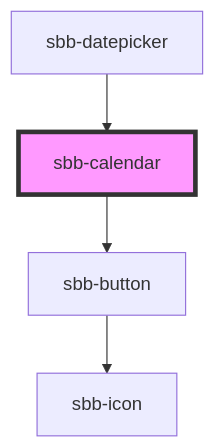
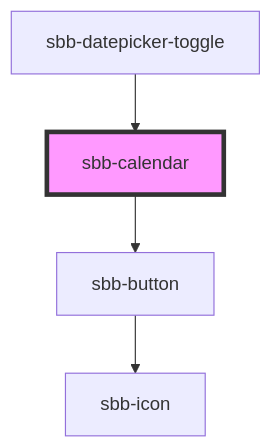
One commit to sbb-design-systems/lyne-components changed the diagram in src/components/sbb-calendar/readme.md. Above: the diagram before and after it, drawn with Mermaid. The commit also changed other lines of this file and 2 other files, not shown here.

Commit message:
feat: calendar style refactor

````diff
--- a/src/components/sbb-calendar/readme.md
+++ b/src/components/sbb-calendar/readme.md
@@ -48,7 +48,7 @@
 ```mermaid
 graph TD;
   sbb-calendar --> sbb-button
   sbb-button --> sbb-icon
-  sbb-datepicker --> sbb-calendar
+  sbb-datepicker-toggle --> sbb-calendar
   style sbb-calendar fill:#f9f,stroke:#333,stroke-width:4px
 ```
````
